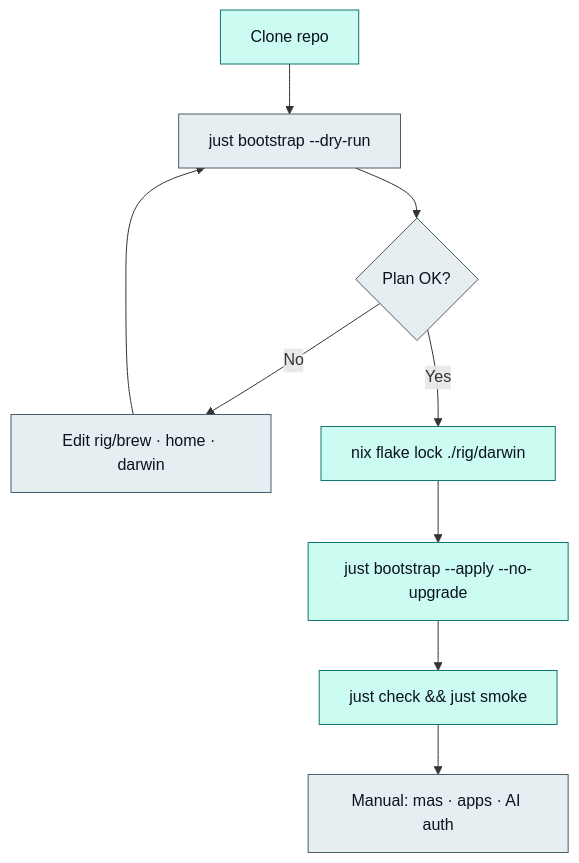
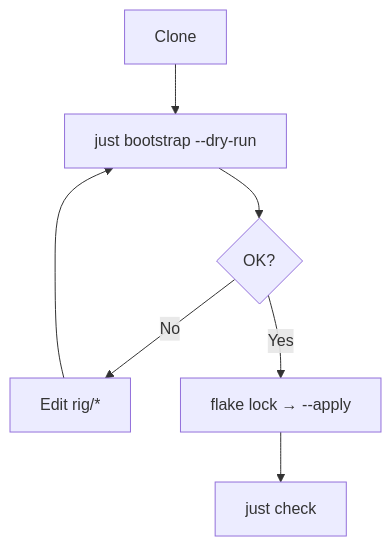
One commit to wyattowalsh/dotfiles changed the diagram in docs/content/docs/fresh-mac.mdx. Above: the diagram before and after it, drawn with Mermaid. The commit also changed other lines of this file and 22 other files, not shown here.

````diff
--- a/docs/content/docs/fresh-mac.mdx
+++ b/docs/content/docs/fresh-mac.mdx
@@ -57,16 +22,9 @@
 ```mermaid
 flowchart TD
-  A[Clone repo] --> B["just bootstrap --dry-run"]
-  B --> C{Plan OK?}
-  C -->|No| D[Edit rig/brew · home · darwin]
+  A[Clone] --> B["just bootstrap --dry-run"]
+  B --> C{OK?}
+  C -->|No| D[Edit rig/*]
   D --> B
-  C -->|Yes| E["nix flake lock ./rig/darwin"]
-  E --> F["just bootstrap --apply --no-upgrade"]
-  F --> G["just check && just smoke"]
-  G --> H[Manual: mas · apps · AI auth]
-
-  classDef signal fill:#ccfbf1,stroke:#0f766e,color:#0b1220
-  classDef mute fill:#e6eef2,stroke:#4a5d6a,color:#0b1220
-  class A,E,F,G signal
-  class B,C,D,H mute
+  C -->|Yes| E["flake lock → --apply"]
+  E --> F["just check"]
 ```
````
